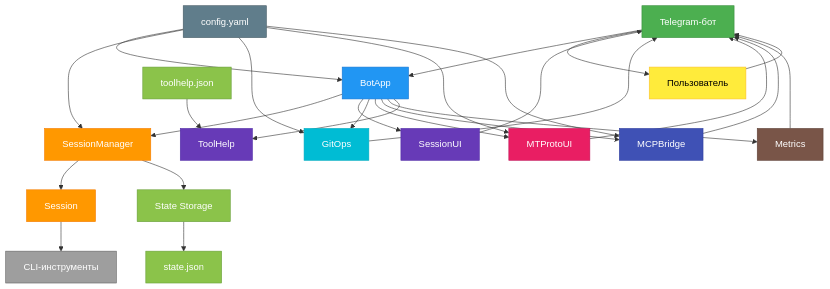
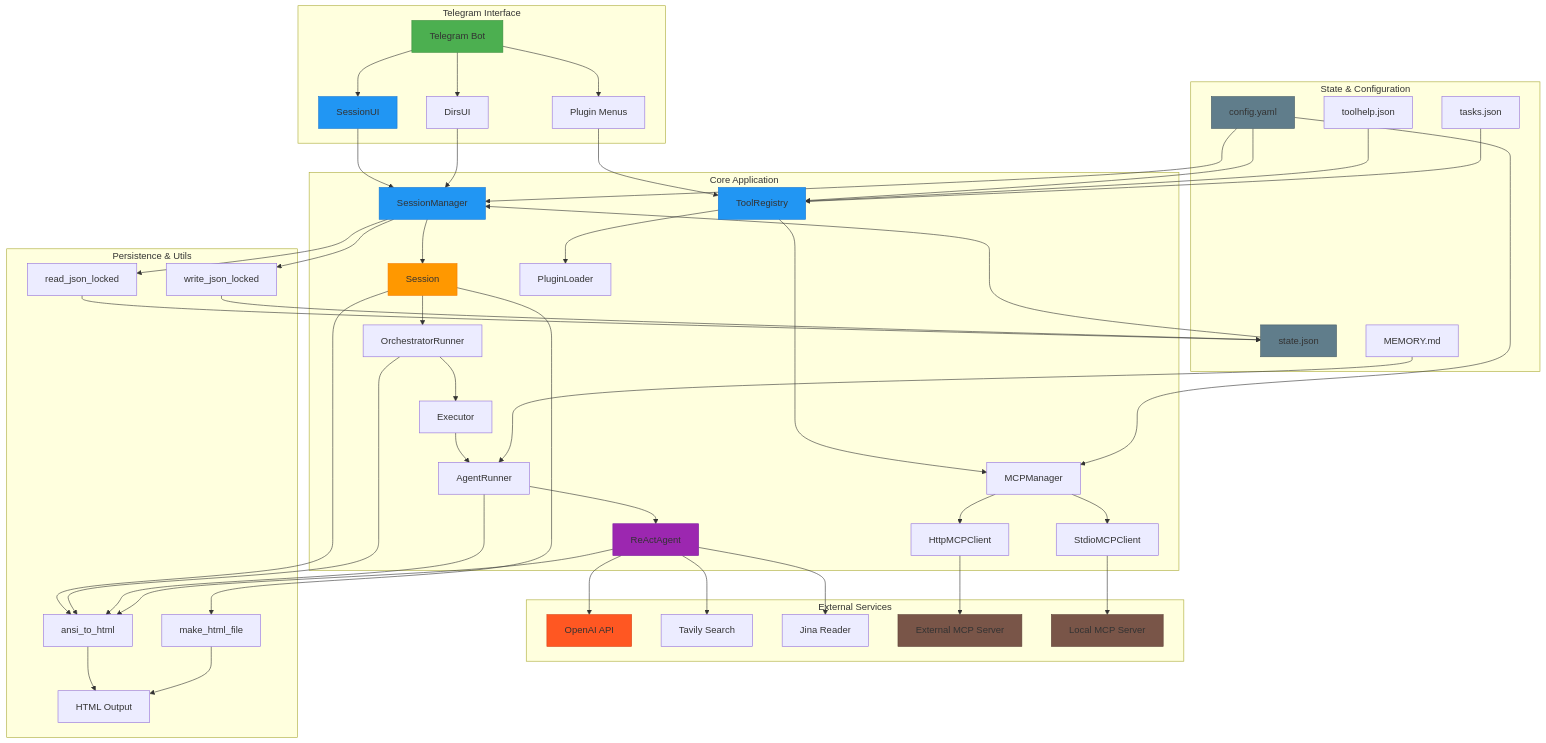
One commit to LKosoj/cli-proxy changed the diagram in .ai-docs/architecture.md. Above: the diagram before and after it, drawn with Mermaid. The commit also changed other lines of this file and 192 other files, not shown here.

````diff
--- a/.ai-docs/architecture.md
+++ b/.ai-docs/architecture.md
@@ -3,44 +3,68 @@
 ```mermaid
 graph TD
-    A[Telegram-бот] --> B[BotApp]
-    B --> C[SessionManager]
-    C --> D[Session]
-    D --> E[CLI-инструменты]
-    B --> F[SessionUI]
-    B --> G[GitOps]
-    B --> H[MTProtoUI]
-    B --> I[MCPBridge]
-    B --> J[Metrics]
-    C --> K[State Storage]
-    K --> L[state.json]
-    M[config.yaml] --> B
-    M --> C
-    M --> G
-    M --> H
-    M --> I
-    N[toolhelp.json] --> O[ToolHelp]
-    B --> O
-    P[Пользователь] --> A
-    A --> P
-    F --> A
-    G --> A
-    H --> A
-    I --> A
-    J --> A
-    style A fill:#4CAF50,stroke:#388E3C,color:white
-    style B fill:#2196F3,stroke:#1976D2,color:white
-    style C fill:#FF9800,stroke:#F57C00,color:white
-    style D fill:#FF9800,stroke:#F57C00,color:white
-    style E fill:#9E9E9E,stroke:#616161,color:white
-    style F fill:#673AB7,stroke:#512DA8,color:white
-    style G fill:#00BCD4,stroke:#00ACC1,color:white
-    style H fill:#E91E63,stroke:#C2185B,color:white
-    style I fill:#3F51B5,stroke:#303F9F,color:white
-    style J fill:#795548,stroke:#5D4037,color:white
-    style K fill:#8BC34A,stroke:#689F38,color:white
-    style L fill:#8BC34A,stroke:#689F38,color:white
-    style M fill:#607D8B,stroke:#455A64,color:white
-    style N fill:#8BC34A,stroke:#689F38,color:white
-    style O fill:#673AB7,stroke:#512DA8,color:white
-    style P fill:#FFEB3B,stroke:#FBC02D,color:black
+    subgraph "Telegram Interface"
+        A[Telegram Bot] --> B[SessionUI]
+        A --> C[DirsUI]
+        A --> D[Plugin Menus]
+    end
+
+    subgraph "Core Application"
+        B --> E[SessionManager]
+        C --> E
+        D --> F[ToolRegistry]
+        E --> G[Session]
+        G --> H[OrchestratorRunner]
+        H --> I[Executor]
+        I --> J[AgentRunner]
+        J --> K[ReActAgent]
+        F --> L[MCPManager]
+        L --> M[HttpMCPClient]
+        L --> N[StdioMCPClient]
+        F --> O[PluginLoader]
+    end
+
+    subgraph "State & Configuration"
+        P[config.yaml] --> E
+        P --> F
+        P --> L
+        Q[state.json] --> E
+        R[toolhelp.json] --> F
+        S[tasks.json] --> F
+        T[MEMORY.md] --> J
+    end
+
+    subgraph "External Services"
+        K --> U[OpenAI API]
+        K --> V[Tavily Search]
+        K --> W[Jina Reader]
+        M --> X[External MCP Server]
+        N --> Y[Local MCP Server]
+    end
+
+    subgraph "Persistence & Utils"
+        Z[read_json_locked] --> Q
+        AA[write_json_locked] --> Q
+        AB[ansi_to_html] --> AC[HTML Output]
+        AD[make_html_file] --> AC
+    end
+
+    E --> Z
+    E --> AA
+    G --> AB
+    G --> AD
+    H --> AB
+    J --> AB
+    K --> AB
+
+    style A fill:#4CAF50,stroke:#388E3C
+    style B fill:#2196F3,stroke:#1976D2
+    style E fill:#2196F3,stroke:#1976D2
+    style F fill:#2196F3,stroke:#1976D2
+    style G fill:#FF9800,stroke:#F57C00
+    style K fill:#9C27B0,stroke:#7B1FA2
+    style P fill:#607D8B,stroke:#455A64
+    style Q fill:#607D8B,stroke:#455A64
+    style U fill:#FF5722,stroke:#D84315
+    style X fill:#795548,stroke:#5D4037
+    style Y fill:#795548,stroke:#5D4037
 ```
````
